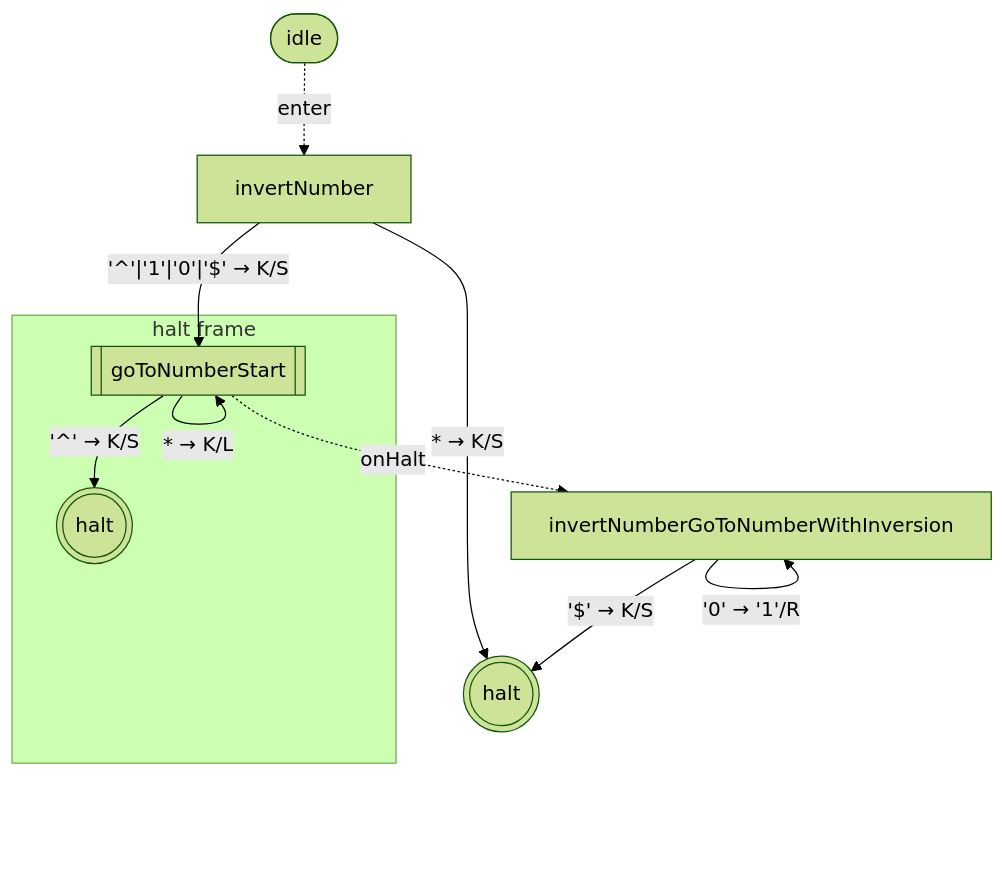
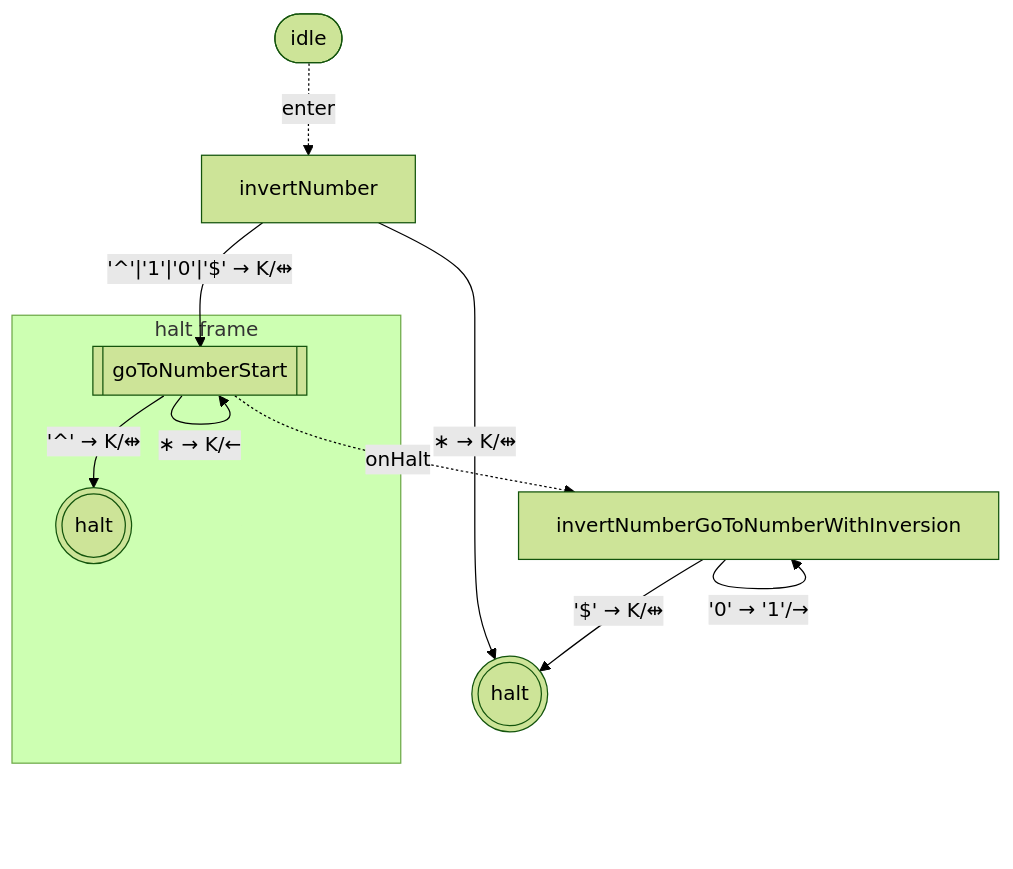
Before and after one commit to mellonis/turing-machine-js: the sixth of 10 diagrams in packages/library-binary-numbers/states.md, drawn with Mermaid (forest theme). The commit also changed other lines of this file and 6 other files, not shown here.

````diff
--- a/packages/library-binary-numbers/states.md
+++ b/packages/library-binary-numbers/states.md
@@ -96,22 +96,22 @@
 ```mermaid
 flowchart TD
 %% alphabets: [[" ","^","$","0","1"]]
   s0(((halt)))
   s9["invertNumberGoToNumberWithInversion"]
   s11["invertNumber"]
   idle([idle])
   subgraph w_10["halt frame"]
     s10[["goToNumberStart"]]
     c10(((halt)))
   end
   idle -. enter .-> s11
-  s9 -- "'^' → K/R" --> s9
-  s9 -- "'1' → '0'/R" --> s9
-  s9 -- "'0' → '1'/R" --> s9
-  s9 -- "'$' → K/S" --> s0
-  s10 -- "'^' → K/S" --> c10
-  s10 -- "* → K/L" --> s10
+  s9 -- "'^' → K/→" --> s9
+  s9 -- "'1' → '0'/→" --> s9
+  s9 -- "'0' → '1'/→" --> s9
+  s9 -- "'$' → K/⇹" --> s0
+  s10 -- "'^' → K/⇹" --> c10
+  s10 -- "∗ → K/←" --> s10
   s10 -. onHalt .-> s9
-  s11 -- "'^'|'1'|'0'|'$' → K/S" --> s10
-  s11 -- "* → K/S" --> s0
+  s11 -- "'^'|'1'|'0'|'$' → K/⇹" --> s10
+  s11 -- "∗ → K/⇹" --> s0
 ```
````
